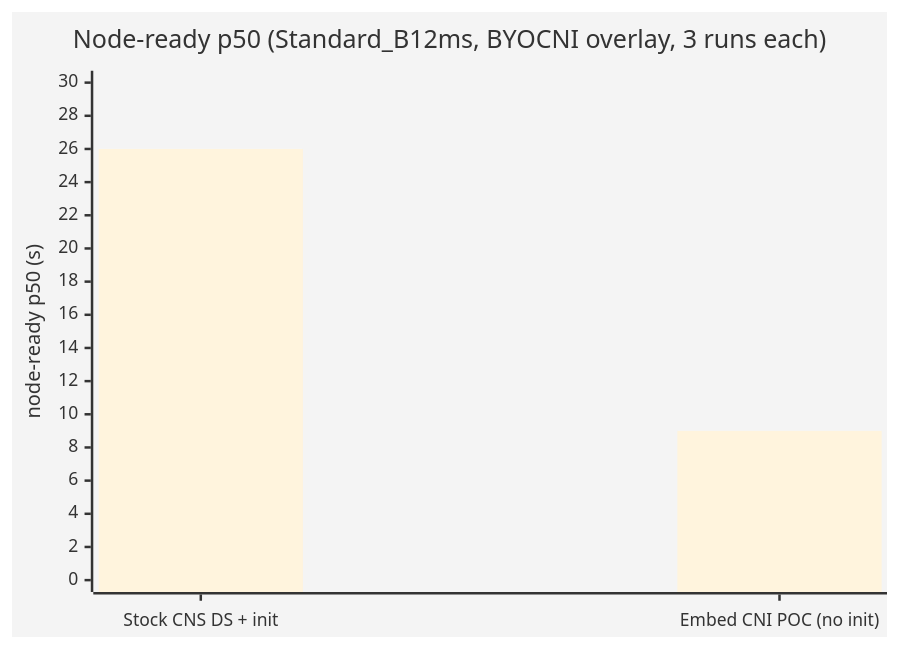
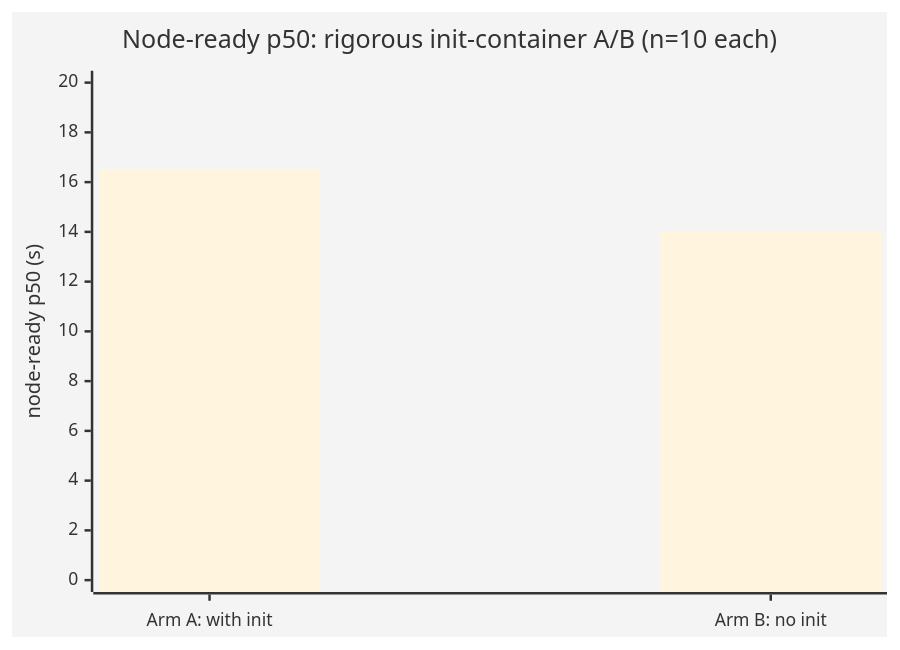
One commit to rbtr/azure-container-networking changed the second of 3 diagrams in docs/performance-investigation/00-executive-summary.md. Above: the diagram before and after it, drawn with Mermaid. The commit also changed other lines of this file and 3 other files, not shown here.

````diff
--- a/docs/performance-investigation/00-executive-summary.md
+++ b/docs/performance-investigation/00-executive-summary.md
@@ -65,8 +71,8 @@
 ```mermaid
 %%{init: {'theme':'base'}}%%
 xychart-beta
-    title "Node-ready p50 (Standard_B12ms, BYOCNI overlay, 3 runs each)"
-    x-axis ["Stock CNS DS + init", "Embed CNI POC (no init)"]
-    y-axis "node-ready p50 (s)" 0 --> 30
-    bar [26, 9]
+    title "Node-ready p50: rigorous init-container A/B (n=10 each)"
+    x-axis ["Arm A: with init", "Arm B: no init"]
+    y-axis "node-ready p50 (s)" 0 --> 20
+    bar [16.5, 14.0]
 ```
````
